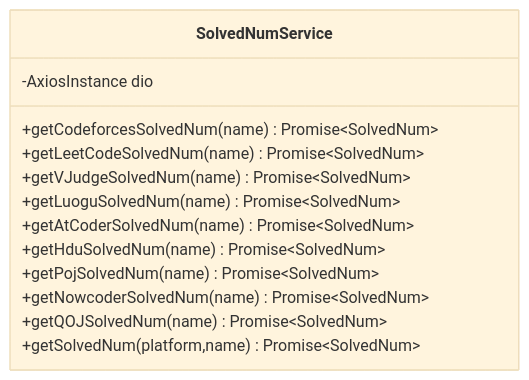
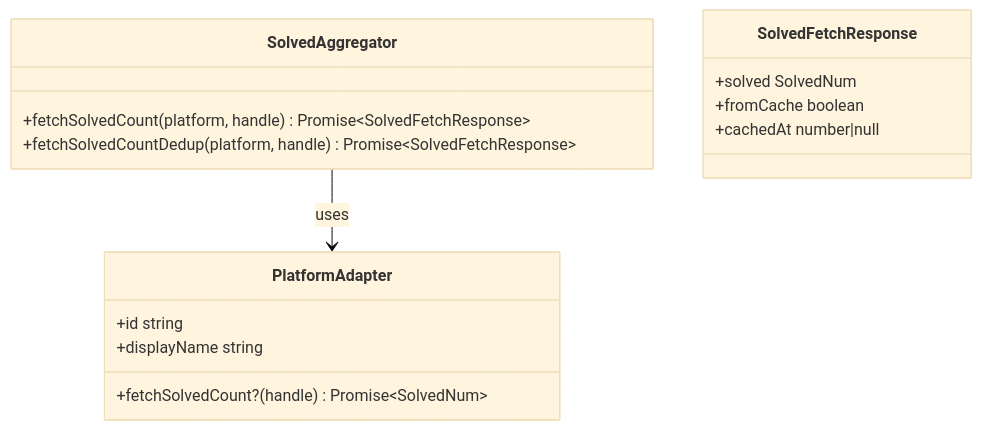
Before and after one commit to Siborne/OJFlow: the fifth of 7 diagrams in .qoder/repowiki/zh/content/API参考/服务层API/服务层API.md, drawn with Mermaid (base theme). The commit also changed other lines of this file and 23 other files, not shown here.

````diff
--- a/.qoder/repowiki/zh/content/API参考/服务层API/服务层API.md
+++ b/.qoder/repowiki/zh/content/API参考/服务层API/服务层API.md
@@ -351,16 +320,18 @@
 ```mermaid
 classDiagram
-class SolvedNumService {
--AxiosInstance dio
-+getCodeforcesSolvedNum(name) Promise~SolvedNum~
-+getLeetCodeSolvedNum(name) Promise~SolvedNum~
-+getVJudgeSolvedNum(name) Promise~SolvedNum~
-+getLuoguSolvedNum(name) Promise~SolvedNum~
-+getAtCoderSolvedNum(name) Promise~SolvedNum~
-+getHduSolvedNum(name) Promise~SolvedNum~
-+getPojSolvedNum(name) Promise~SolvedNum~
-+getNowcoderSolvedNum(name) Promise~SolvedNum~
-+getQOJSolvedNum(name) Promise~SolvedNum~
-+getSolvedNum(platform,name) Promise~SolvedNum~
+class SolvedAggregator {
++fetchSolvedCount(platform, handle) Promise~SolvedFetchResponse~
++fetchSolvedCountDedup(platform, handle) Promise~SolvedFetchResponse~
 }
+class PlatformAdapter {
++id string
++displayName string
++fetchSolvedCount?(handle) Promise~SolvedNum~
+}
+class SolvedFetchResponse {
++solved SolvedNum
++fromCache boolean
++cachedAt number|null
+}
+SolvedAggregator --> PlatformAdapter : uses
 ```
````
